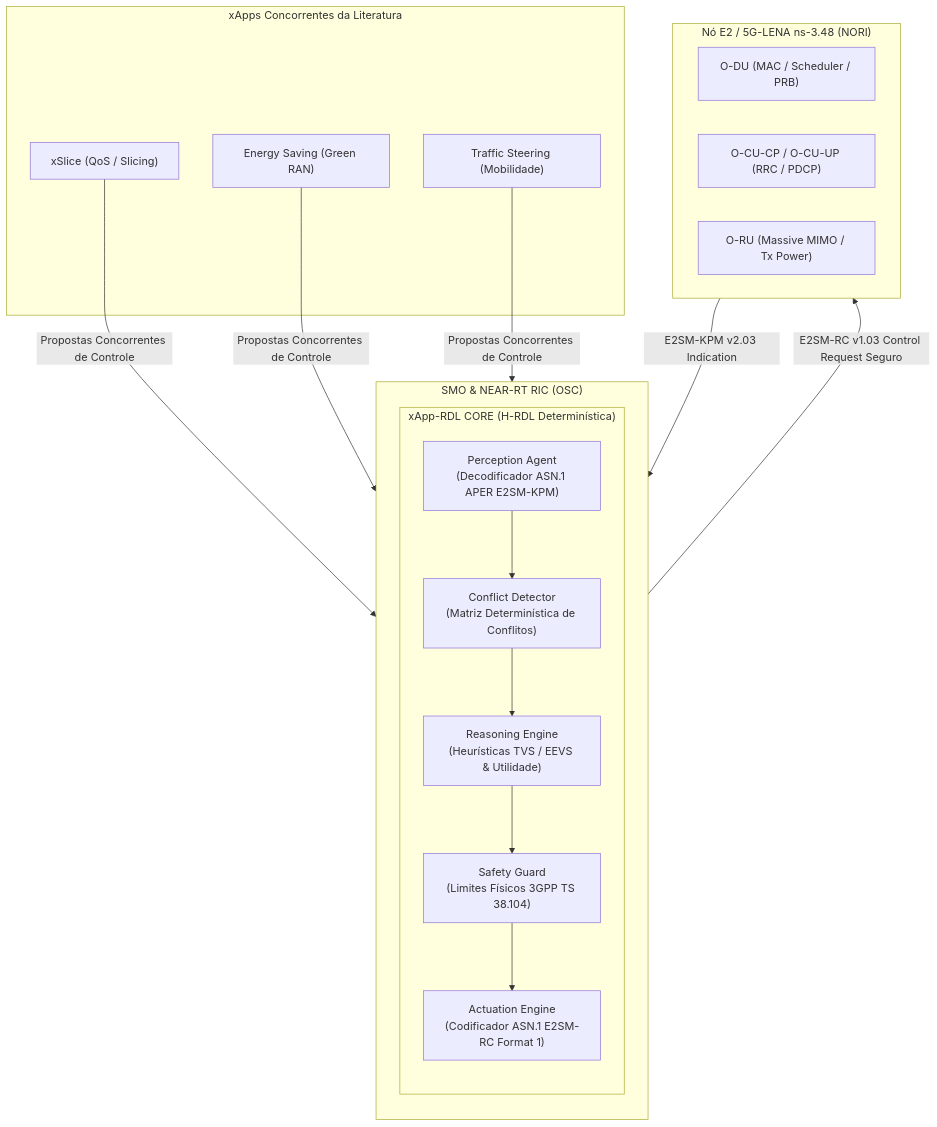
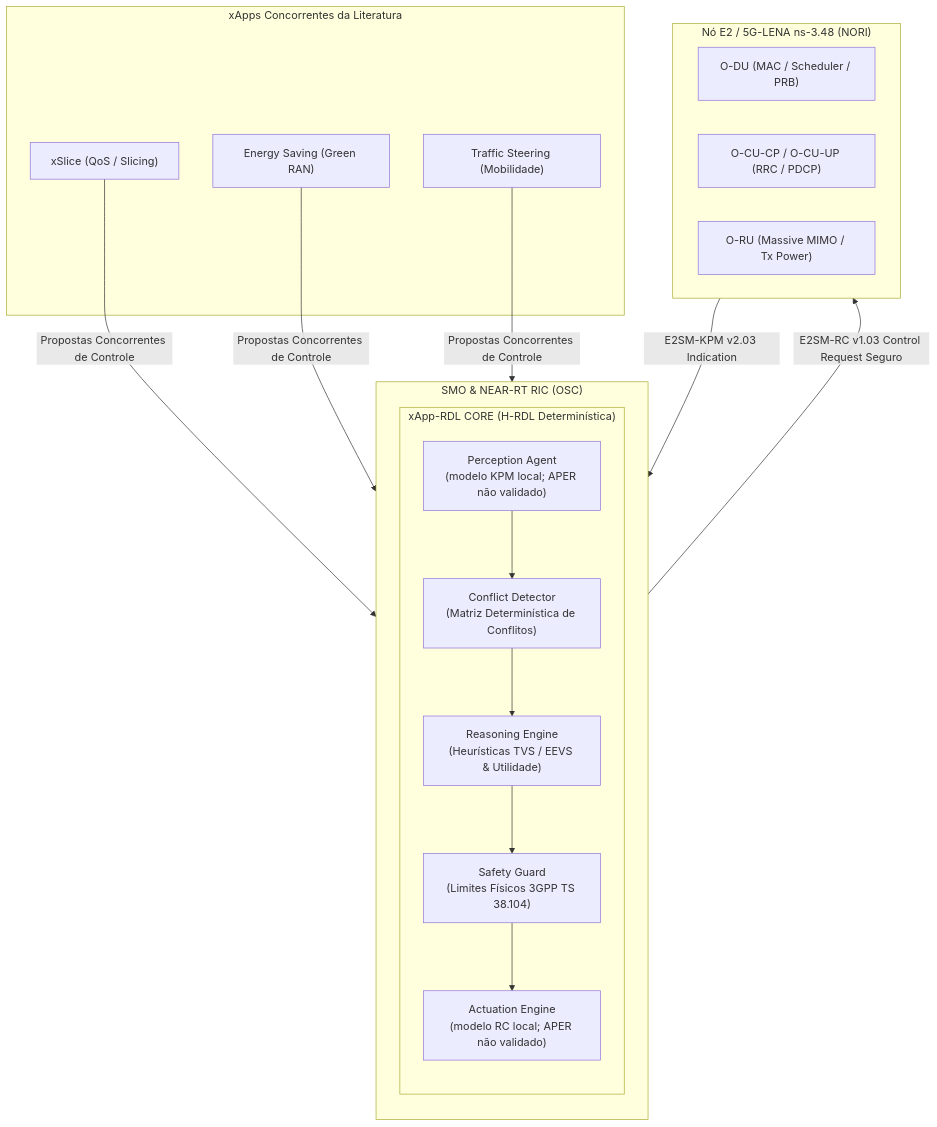
Before and after one commit to georgebarbosa3090/XApp-RDL-F1: the first of 2 diagrams in README.md, drawn with Mermaid. The commit also changed 6 other files, not shown here.

````diff
--- a/README.md
+++ b/README.md
@@ -53,35 +53,35 @@
 ```mermaid
 flowchart TD
     subgraph SMO_RIC["SMO & NEAR-RT RIC (OSC)"]
         direction TB
         subgraph RDL_CORE["xApp-RDL CORE (H-RDL Determinística)"]
             direction TB
-            PA["Perception Agent<br/>(Decodificador ASN.1 APER E2SM-KPM)"]
+            PA["Perception Agent<br/>(modelo KPM local; APER não validado)"]
             CD["Conflict Detector<br/>(Matriz Determinística de Conflitos)"]
             RE["Reasoning Engine<br/>(Heurísticas TVS / EEVS & Utilidade)"]
             SG["Safety Guard<br/>(Limites Físicos 3GPP TS 38.104)"]
-            AE["Actuation Engine<br/>(Codificador ASN.1 E2SM-RC Format 1)"]
+            AE["Actuation Engine<br/>(modelo RC local; APER não validado)"]
             
             PA --> CD
             CD --> RE
             RE --> SG
             SG --> AE
         end
     end
 
     subgraph XAPPS["xApps Concorrentes da Literatura"]
         X1["xSlice (QoS / Slicing)"]
         X2["Energy Saving (Green RAN)"]
         X3["Traffic Steering (Mobilidade)"]
     end
 
     subgraph E2_NODE["Nó E2 / 5G-LENA ns-3.48 (NORI)"]
         DU["O-DU (MAC / Scheduler / PRB)"]
         CU["O-CU-CP / O-CU-UP (RRC / PDCP)"]
         RU["O-RU (Massive MIMO / Tx Power)"]
     end
 
     X1 & X2 & X3 -->|Propostas Concorrentes de Controle| CD
     E2_NODE -->|E2SM-KPM v2.03 Indication| PA
     AE -->|E2SM-RC v1.03 Control Request Seguro| E2_NODE
 ```
````
